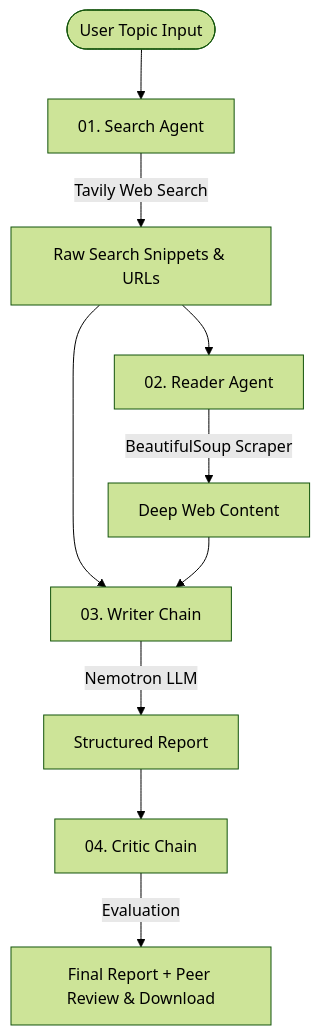
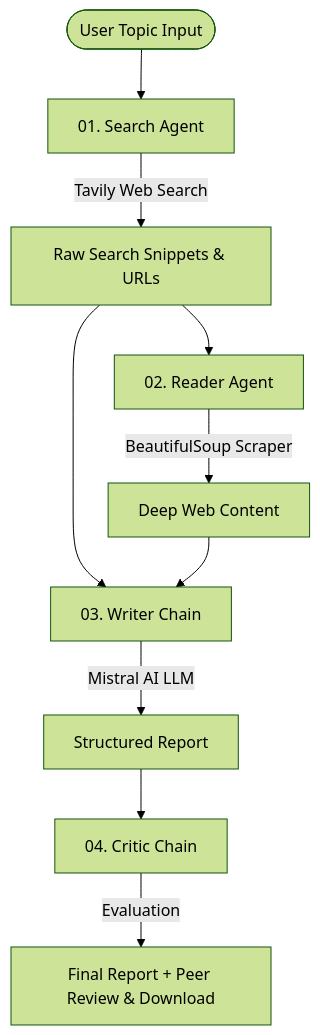
One commit to partu25/ResearchMind changed the diagram in README.md. Above: the diagram before and after it, drawn with Mermaid (forest theme). The commit also changed other lines of this file and 3 other files, not shown here.

Commit message:
Switch LLM provider to Mistral AI and update README

````diff
--- a/README.md
+++ b/README.md
@@ -34,11 +34,11 @@
 ```mermaid
 graph TD
     User([User Topic Input]) --> SearchAgent[01. Search Agent]
     SearchAgent -- Tavily Web Search --> SearchResults[Raw Search Snippets & URLs]
     SearchResults --> ReaderAgent[02. Reader Agent]
     ReaderAgent -- BeautifulSoup Scraper --> ScrapedContent[Deep Web Content]
     SearchResults & ScrapedContent --> WriterChain[03. Writer Chain]
-    WriterChain -- Nemotron LLM --> ResearchReport[Structured Report]
+    WriterChain -- Mistral AI LLM --> ResearchReport[Structured Report]
     ResearchReport --> CriticChain[04. Critic Chain]
     CriticChain -- Evaluation --> FinalOutput[Final Report + Peer Review & Download]
 ```
````
